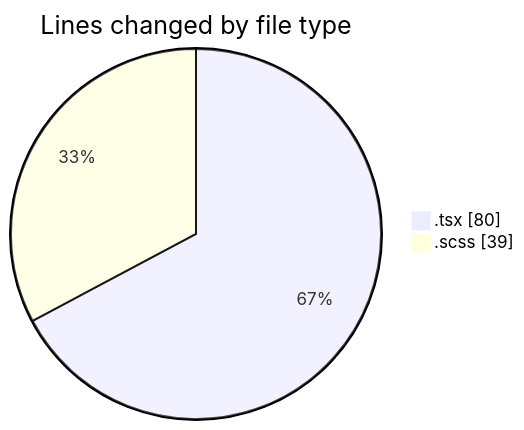
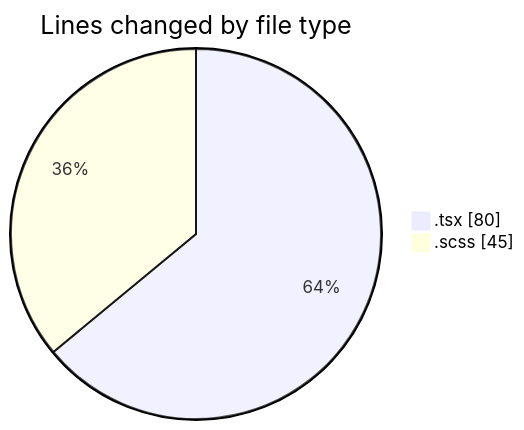
Before and after one commit to momahboobian/code-tracking: the first of 2 diagrams in 2026-04-16/cda/README.md, drawn with Mermaid. The commit also changed other lines of this file and 1 other file, not shown here.

````diff
--- a/2026-04-16/cda/README.md
+++ b/2026-04-16/cda/README.md
@@ -22,6 +22,6 @@
 ```mermaid
 pie showData
 title Lines changed by file type
 ".tsx" : 80
-".scss" : 39
+".scss" : 45
 ```
````
